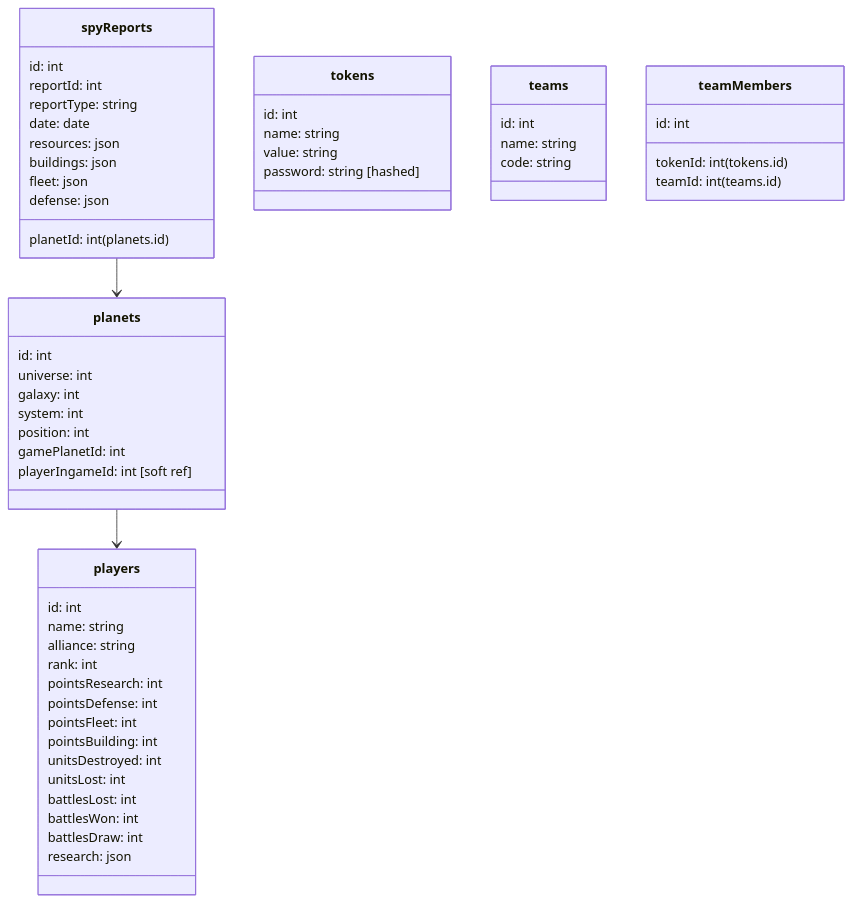
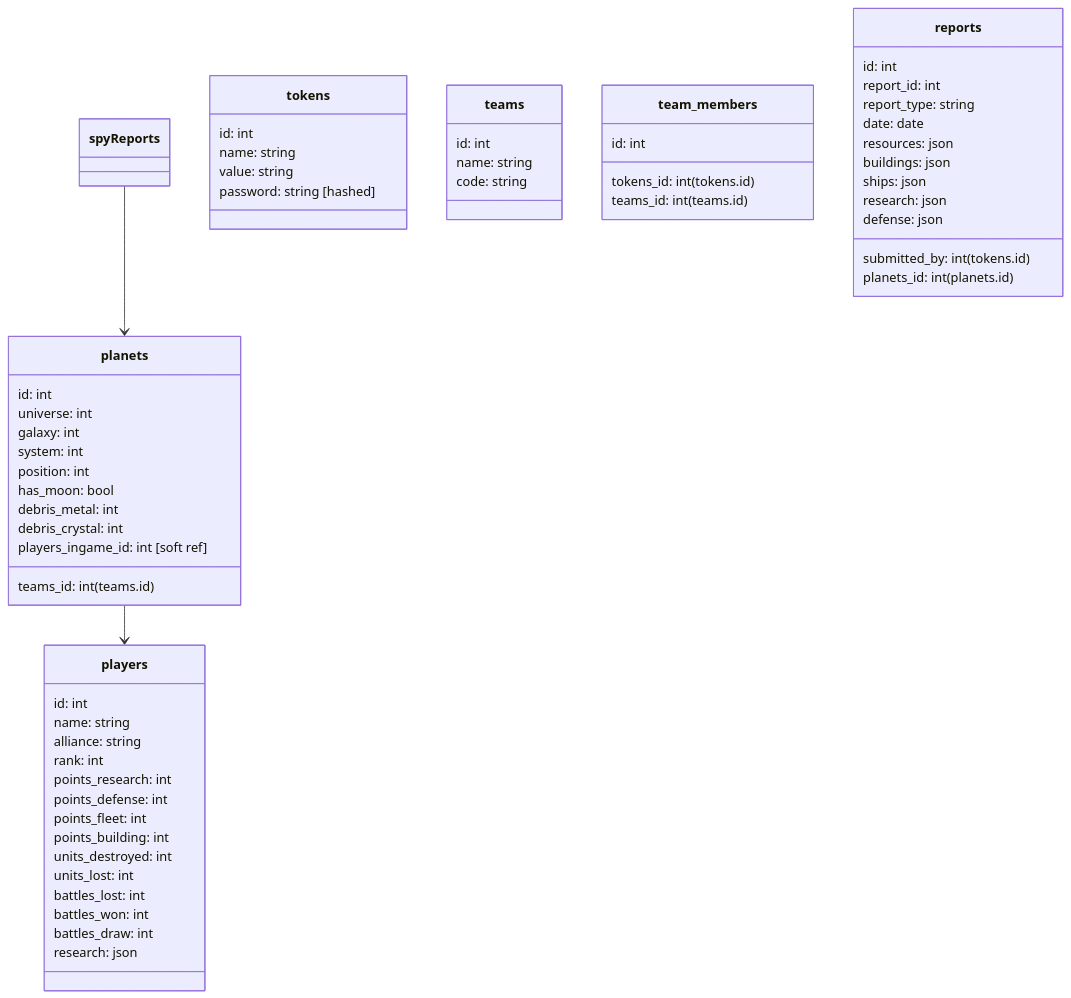
Before and after one commit to anoff/teamview: the diagram in readme.md, drawn with Mermaid. The commit also changed other lines of this file and 1 other file, not shown here.

````diff
--- a/readme.md
+++ b/readme.md
@@ -32,57 +32,62 @@
 ```mermaid
 classDiagram
   planets --> players
   spyReports --> planets
   class tokens {
     id: int
     name: string
     value: string
     password: string [hashed]
   }
   class teams {
     id: int
     name: string
     code: string
   }
-  class teamMembers {
+  class team_members {
     id: int
-    tokenId: int (tokens.id)
-    teamId: int (teams.id)
+    tokens_id: int (tokens.id)
+    teams_id: int (teams.id)
   }
   class planets {
     id: int
     universe: int
     galaxy: int
     system: int
     position: int
-    gamePlanetId: int
-    playerIngameId: int [soft ref]
+    has_moon: bool
+    debris_metal: int
+    debris_crystal: int
+    teams_id: int (teams.id)
+    players_ingame_id: int [soft ref]
   }
-  class spyReports {
+  class reports {
     id: int
-    reportId: int
-    reportType: string
+    report_id: int
+    report_type: string
     date: date
     resources: json
     buildings: json
-    fleet: json
+    ships: json
+    research: json
     defense: json
-    planetId: int (planets.id)
+    submitted_by: int (tokens.id)
+    planets_id: int (planets.id)
   }
   class players {
     id: int
     name: string
     alliance: string
     rank: int
-    pointsResearch: int
-    pointsDefense: int
-    pointsFleet: int
-    pointsBuilding: int
-    unitsDestroyed: int
-    unitsLost: int
-    battlesLost: int
-    battlesWon: int
-    battlesDraw: int
+    points_research: int
+    points_defense: int
+    points_fleet: int
+    points_building: int
+    units_destroyed: int
+    units_lost: int
+    battles_lost: int
+    battles_won: int
+    battles_draw: int
     research: json
   }
 ```
````
